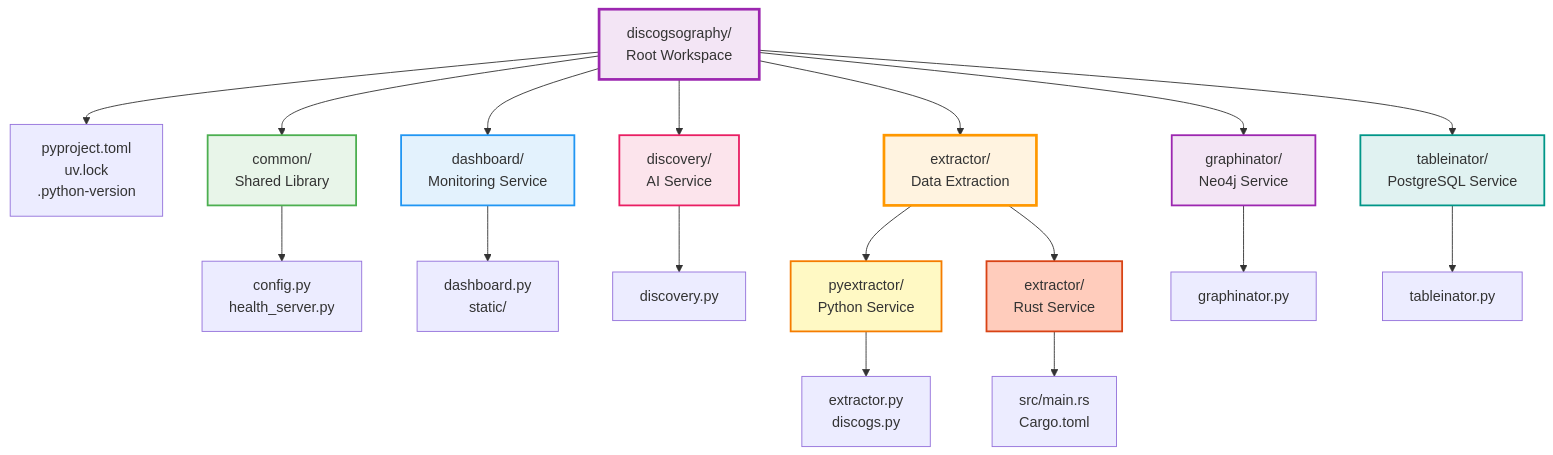
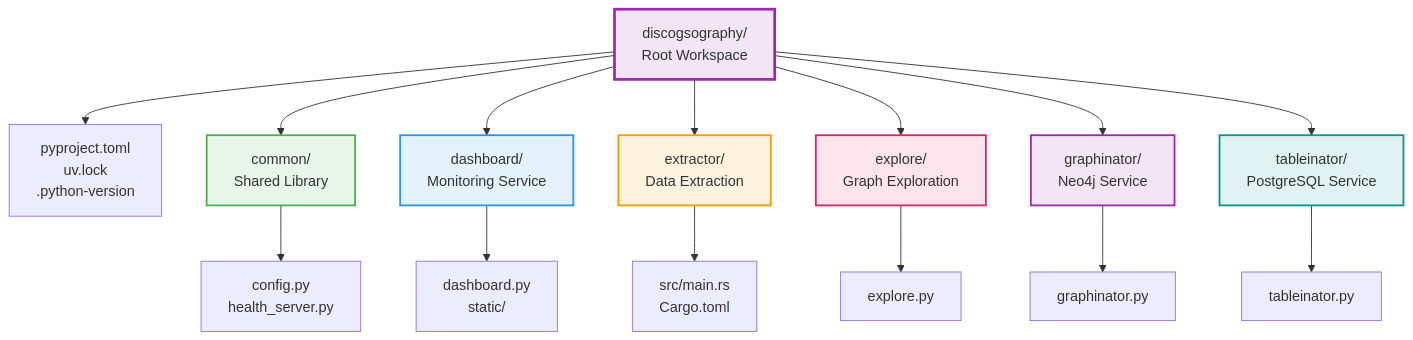
One commit to SimplicityGuy/discogsography changed the diagram in docs/monorepo-guide.md. Above: the diagram before and after it, drawn with Mermaid. The commit also changed other lines of this file and 20 other files, not shown here.

````diff
--- a/docs/monorepo-guide.md
+++ b/docs/monorepo-guide.md
@@ -12,55 +12,47 @@
 ```mermaid
 graph TD
     Root[discogsography/<br/>Root Workspace]
 
     RootFiles[pyproject.toml<br/>uv.lock<br/>.python-version]
 
     Common[common/<br/>Shared Library]
     CommonFiles[config.py<br/>health_server.py]
 
     Dashboard[dashboard/<br/>Monitoring Service]
     DashFiles[dashboard.py<br/>static/]
 
-    Discovery[discovery/<br/>AI Service]
-    DiscFiles[discovery.py]
+    Extractor[extractor/<br/>Data Extraction]
+    ExtractorFiles[src/main.rs<br/>Cargo.toml]
 
-    Extractor[extractor/<br/>Data Extraction]
-    PyExtractor[pyextractor/<br/>Python Service]
-    PyExtFiles[extractor.py<br/>discogs.py]
-    RustExtractor[extractor/<br/>Rust Service]
-    RustExtFiles[src/main.rs<br/>Cargo.toml]
+    Explore[explore/<br/>Graph Exploration]
+    ExploreFiles[explore.py]
 
     Graphinator[graphinator/<br/>Neo4j Service]
     GraphFiles[graphinator.py]
 
     Tableinator[tableinator/<br/>PostgreSQL Service]
     TableFiles[tableinator.py]
 
     Root --> RootFiles
     Root --> Common
     Root --> Dashboard
-    Root --> Discovery
     Root --> Extractor
+    Root --> Explore
     Root --> Graphinator
     Root --> Tableinator
 
     Common --> CommonFiles
     Dashboard --> DashFiles
-    Discovery --> DiscFiles
-    Extractor --> PyExtractor
-    Extractor --> RustExtractor
-    PyExtractor --> PyExtFiles
-    RustExtractor --> RustExtFiles
+    Extractor --> ExtractorFiles
+    Explore --> ExploreFiles
     Graphinator --> GraphFiles
     Tableinator --> TableFiles
 
     style Root fill:#f3e5f5,stroke:#9c27b0,stroke-width:3px
     style Common fill:#e8f5e9,stroke:#4caf50,stroke-width:2px
     style Dashboard fill:#e3f2fd,stroke:#2196f3,stroke-width:2px
-    style Discovery fill:#fce4ec,stroke:#e91e63,stroke-width:2px
-    style Extractor fill:#fff3e0,stroke:#ff9800,stroke-width:3px
-    style PyExtractor fill:#fff9c4,stroke:#f57c00,stroke-width:2px
-    style RustExtractor fill:#ffccbc,stroke:#d84315,stroke-width:2px
+    style Extractor fill:#fff3e0,stroke:#ff9800,stroke-width:2px
+    style Explore fill:#fce4ec,stroke:#e91e63,stroke-width:2px
     style Graphinator fill:#f3e5f5,stroke:#9c27b0,stroke-width:2px
     style Tableinator fill:#e0f2f1,stroke:#009688,stroke-width:2px
 ```
````
